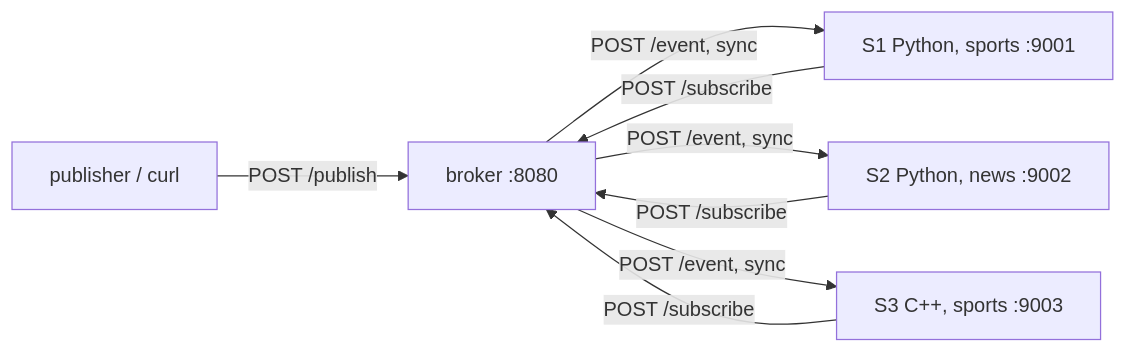
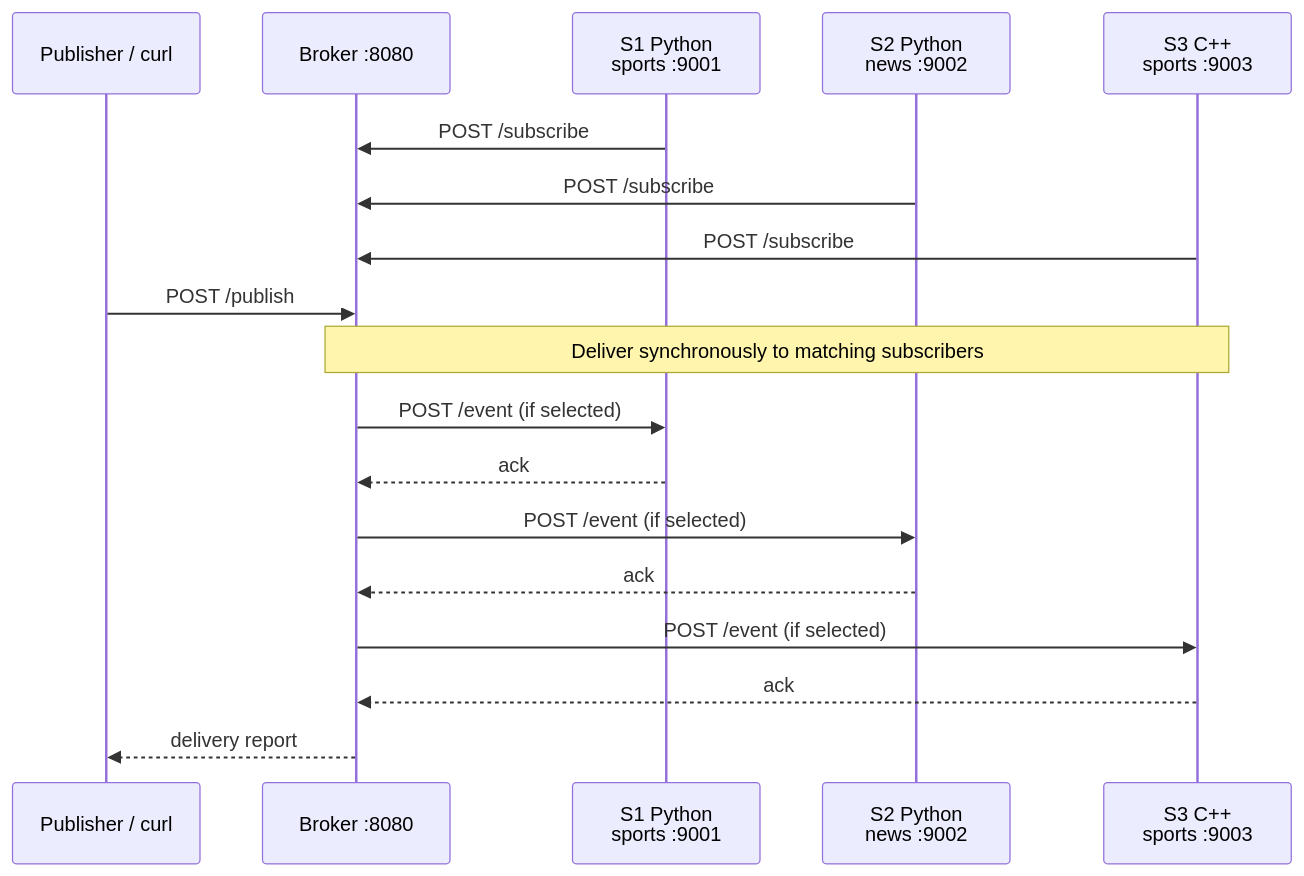
Before and after one commit to TanKaizokuO/fault-tolerant-pubsub-broker: the diagram in README.md, drawn with Mermaid. The commit also changed other lines of this file and 4 other files, not shown here.

Commit message:
Update platform instructions and architecture diagram

````diff
--- a/README.md
+++ b/README.md
@@ -11,10 +11,20 @@
 ```mermaid
-flowchart LR
-    P[publisher / curl] -->|POST /publish| B[broker :8080]
-    B -->|POST /event, sync| S1[S1 Python, sports :9001]
-    B -->|POST /event, sync| S2[S2 Python, news :9002]
-    B -->|POST /event, sync| S3[S3 C++, sports :9003]
-    S1 -->|POST /subscribe| B
-    S2 -->|POST /subscribe| B
-    S3 -->|POST /subscribe| B
+sequenceDiagram
+    participant P as Publisher / curl
+    participant B as Broker :8080
+    participant S1 as S1 Python<br/>sports :9001
+    participant S2 as S2 Python<br/>news :9002
+    participant S3 as S3 C++<br/>sports :9003
+    S1->>B: POST /subscribe
+    S2->>B: POST /subscribe
+    S3->>B: POST /subscribe
+    P->>B: POST /publish
+    Note over B,S3: Deliver synchronously to matching subscribers
+    B->>S1: POST /event (if selected)
+    S1-->>B: ack
+    B->>S2: POST /event (if selected)
+    S2-->>B: ack
+    B->>S3: POST /event (if selected)
+    S3-->>B: ack
+    B-->>P: delivery report
 ```
````
